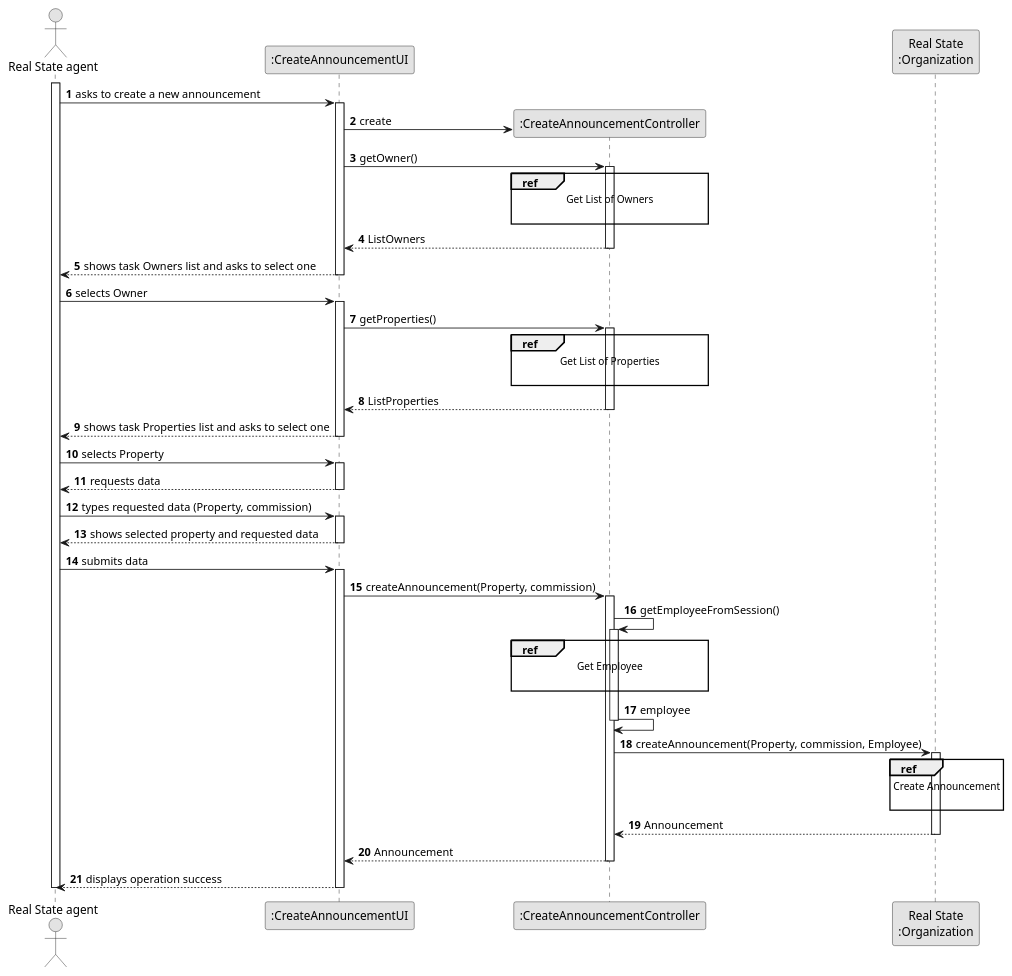
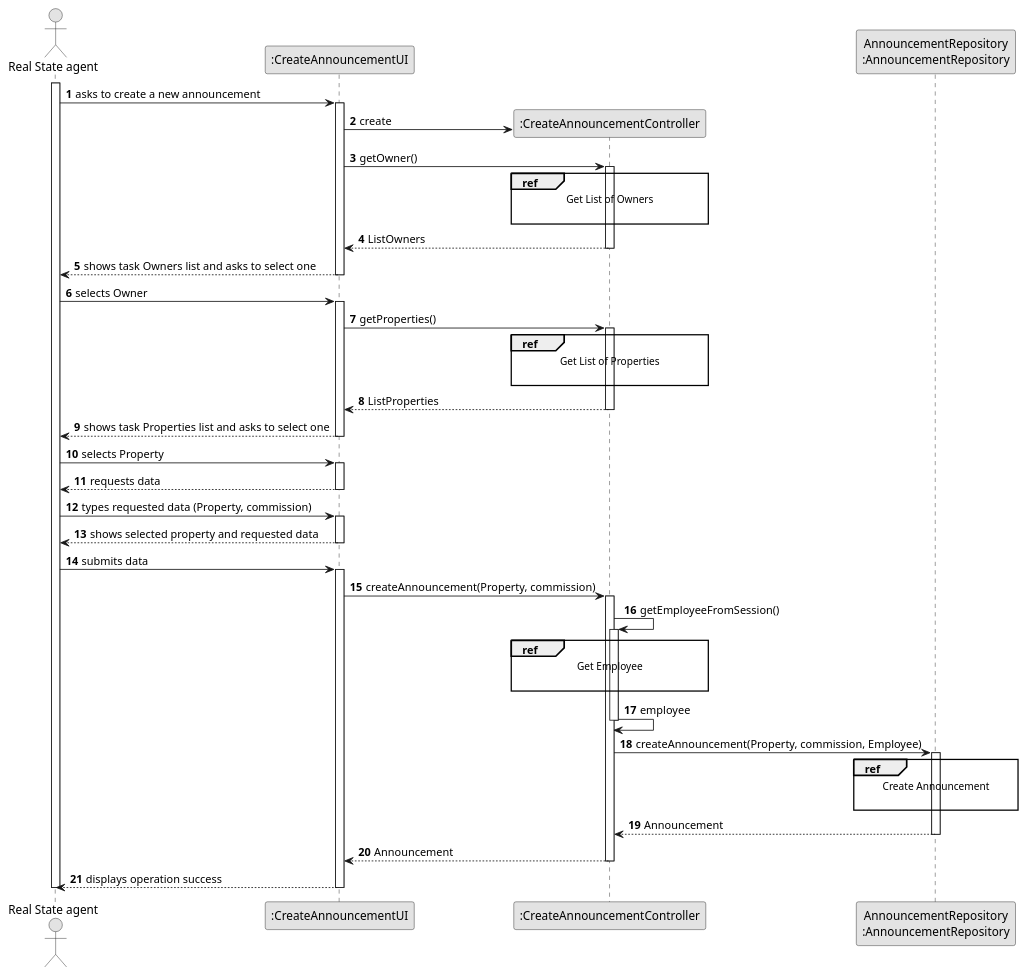
The diagram in lei-22-s2-1do-g68/docs/SprintB/us002/03.design/puml/us002-sequence-diagram-split.puml (hugosilva2901/lei-22-s2-1DO-g68), drawn with PlantUML before and after one commit. The commit also changed 5 other files, not shown here.

Commit message:
mudanças nos diagramas e na classe owner e adicionar classes de announcement

```diff
--- a/lei-22-s2-1do-g68/docs/SprintB/us002/03.design/puml/us002-sequence-diagram-split.puml
+++ b/lei-22-s2-1do-g68/docs/SprintB/us002/03.design/puml/us002-sequence-diagram-split.puml
@@ -1,99 +1,99 @@
 @startuml
 skinparam monochrome true
 skinparam packageStyle rectangle
 skinparam shadowing false
 
 autonumber
 
 'hide footbox
 actor "Real State agent" as ADM
 participant ":CreateAnnouncementUI" as UI
 participant ":CreateAnnouncementController" as CTRL
-participant "Real State\n:Organization" as ORG
+participant "AnnouncementRepository\n:AnnouncementRepository" as ORG
 
 activate ADM
 
     ADM -> UI : asks to create a new announcement
 
     activate UI
 
         UI -> CTRL** : create
         UI -> CTRL : getOwner()
         ref over CTRL
             Get List of Owners
 
         end ref
 
         activate CTRL
 
             CTRL --> UI : ListOwners
         deactivate CTRL
 
         UI --> ADM : shows task Owners list and asks to select one
     deactivate UI
 
     ADM -> UI : selects Owner
 
     activate UI
 
             UI -> CTRL : getProperties()
             ref over CTRL
                 Get List of Properties
 
             end ref
 
             activate CTRL
 
                 CTRL --> UI : ListProperties
             deactivate CTRL
 
             UI --> ADM : shows task Properties list and asks to select one
         deactivate UI
 
         ADM -> UI : selects Property
         activate UI
 
         UI --> ADM : requests data
     deactivate UI
 
     ADM -> UI : types requested data (Property, commission)
     activate UI
 
         UI --> ADM : shows selected property and requested data
     deactivate UI
 
     ADM -> UI : submits data
     activate UI
 
         UI -> CTRL : createAnnouncement(Property, commission)
         activate CTRL
 
             CTRL -> CTRL : getEmployeeFromSession()
             activate CTRL
 
                 ref over CTRL
                     Get Employee
 
                 end ref
                 CTRL -> CTRL : employee
             deactivate CTRL
 
             CTRL -> ORG: createAnnouncement(Property, commission, Employee)
             activate ORG
 
                 ref over ORG
                     Create Announcement
 
                 end
 
                 ORG --> CTRL : Announcement
             deactivate ORG
 
             CTRL --> UI: Announcement
             deactivate CTRL
             UI --> ADM: displays operation success
     deactivate UI
 
 deactivate ADM
 
 @enduml
```
